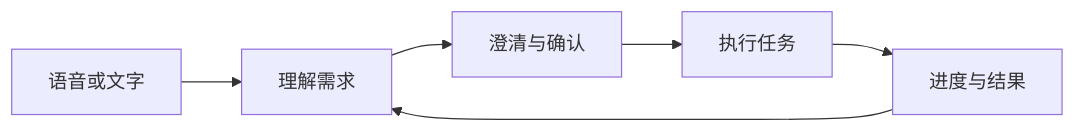
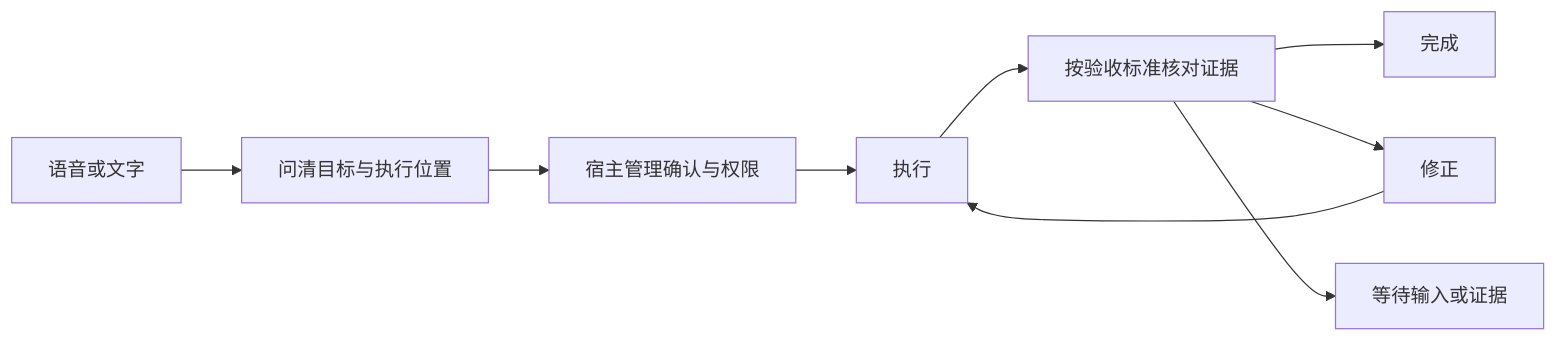
Before and after one commit to deepnovacore/NovaAudioAgent: the diagram in docs/zh-CN/architecture.md, drawn with Mermaid. The commit also changed other lines of this file and 11 other files, not shown here.

Commit message:
docs: refresh personal agent README and architecture overview

````diff
--- a/docs/zh-CN/architecture.md
+++ b/docs/zh-CN/architecture.md
@@ -9,8 +15,11 @@
 ```mermaid
 flowchart LR
-  U[语音或文字] --> N[理解需求]
-  N --> C[澄清与确认]
-  C --> E[执行任务]
-  E --> R[进度与结果]
-  R --> N
+  U[语音或文字] --> C[问清目标与执行位置]
+  C --> H[宿主管理确认与权限]
+  H --> E[执行]
+  E --> V[按验收标准核对证据]
+  V --> D[完成]
+  V --> R[修正]
+  V --> W[等待输入或证据]
+  R --> E
 ```
````
